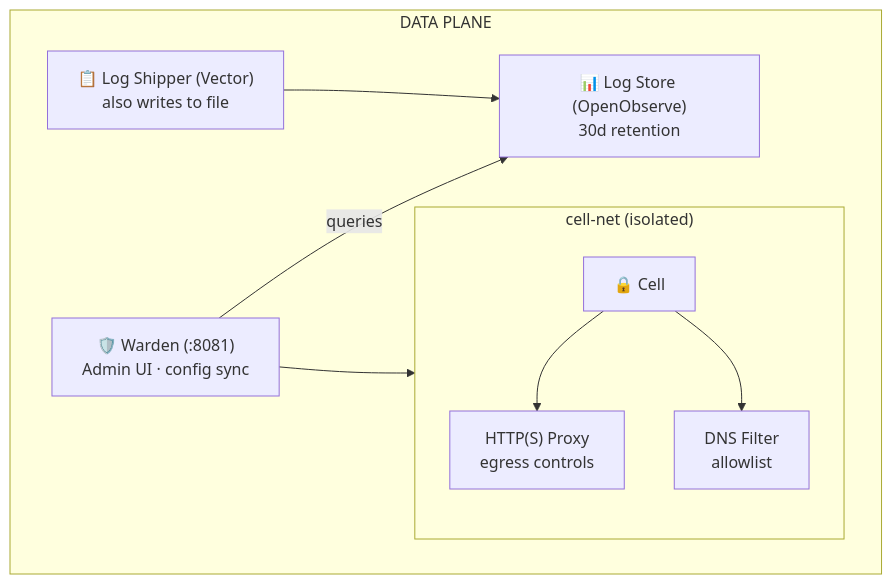
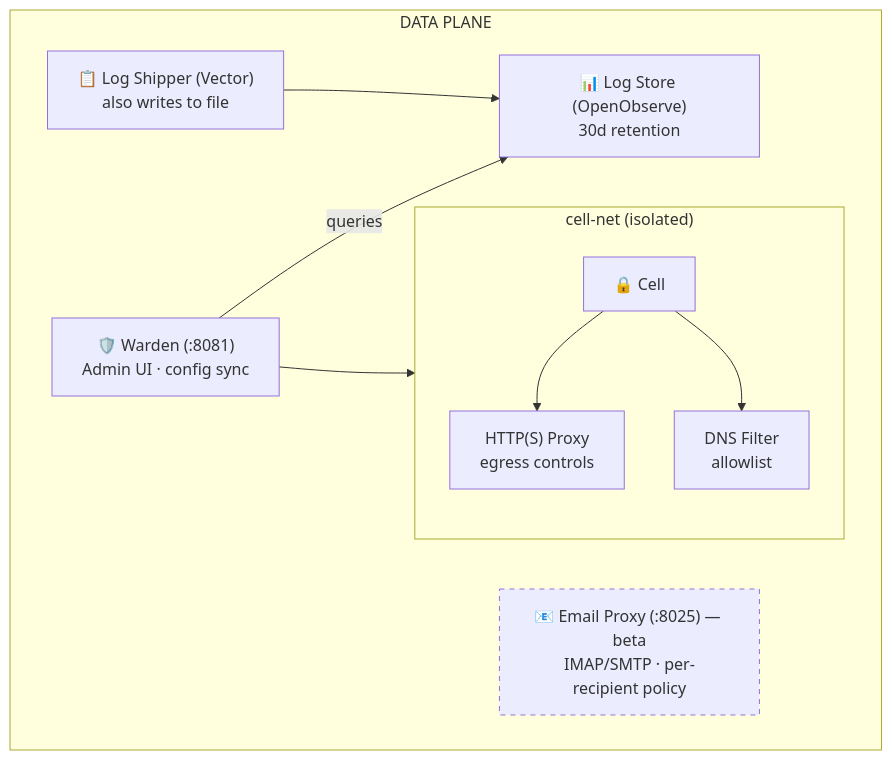
Before and after one commit to kashyaprpuranik/cagent: the third of 4 diagrams in README.md, drawn with Mermaid.

Commit message:
Add Email Proxy (optional) back to auditing diagram
Shown with dashed border to indicate optional/beta status.

````diff
--- a/README.md
+++ b/README.md
@@ -147,21 +147,25 @@
 ```mermaid
 graph TD
     subgraph dp["DATA PLANE"]
         Warden["🛡️ Warden (:8081)<br/>Admin UI · config sync"]
         Vector["📋 Log Shipper (Vector)<br/>also writes to file"]
         OO["📊 Log Store (OpenObserve)<br/>30d retention"]
 
         Vector --> OO
         Warden -- "queries" --> OO
 
         subgraph cellnet["cell-net (isolated)"]
             Cell["🔒 Cell"]
             HP["HTTP(S) Proxy<br/>egress controls"]
             DNS["DNS Filter<br/>allowlist"]
             Cell --> HP
             Cell --> DNS
         end
 
         Warden --> cellnet
+
+        Email["📧 Email Proxy (:8025) — beta<br/>IMAP/SMTP · per-recipient policy"]
+
+        style Email stroke-dasharray: 5 5
     end
 ```
````
